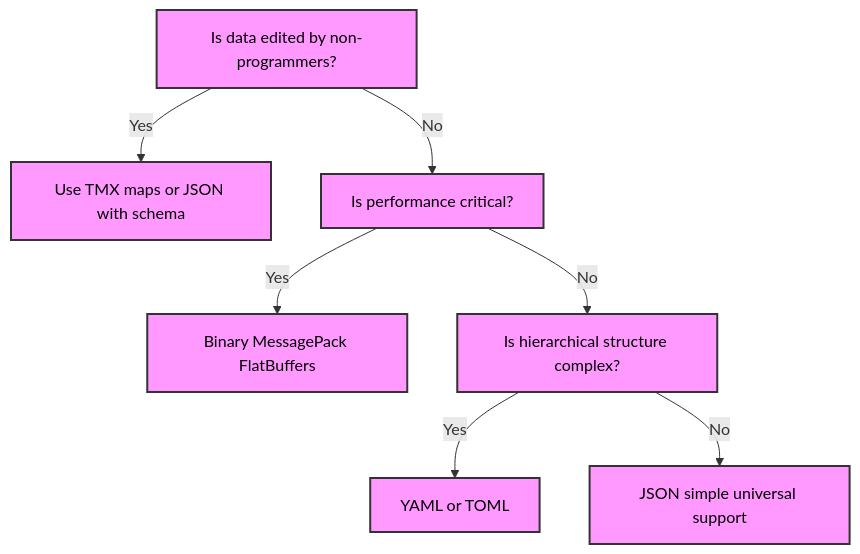
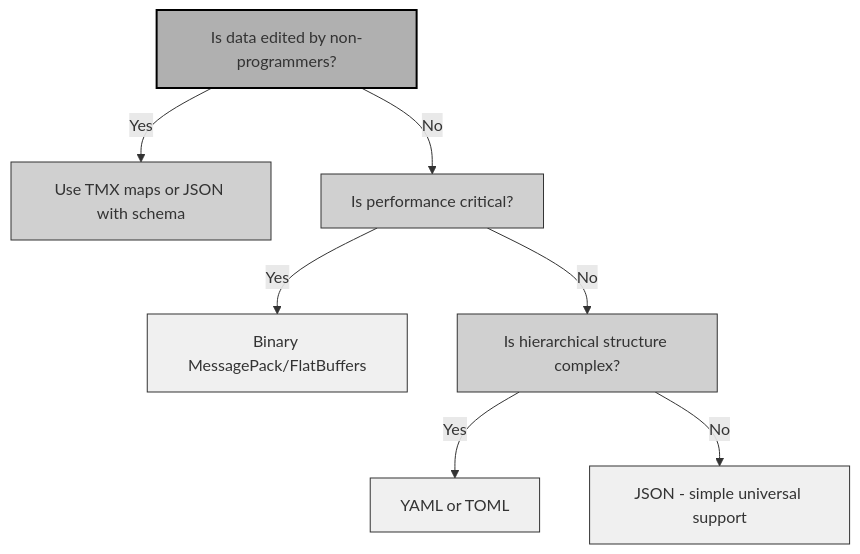
The sixth of 9 diagrams in appendix_c_file_formats.md (jukofyork/close-combat-architecture-study), drawn with Mermaid before and after one commit. The commit also changed other lines of this file and 15 other files, not shown here.

````diff
--- a/appendix_c_file_formats.md
+++ b/appendix_c_file_formats.md
@@ -1201,11 +1421,18 @@
 ```mermaid
 flowchart TD
-    A["Is data edited by non-programmers?"] -->|Yes| B["Use TMX maps or JSON with schema"]
-    A -->|No| C["Is performance critical?"]
-    C -->|Yes| D["Binary MessagePack FlatBuffers"]
-    C -->|No| E["Is hierarchical structure complex?"]
-    E -->|Yes| F["YAML or TOML"]
-    E -->|No| G["JSON simple universal support"]
+    A["Is data edited by non-programmers?"] -->|"Yes"| B["Use TMX maps or JSON with schema"]
+    A -->|"No"| C["Is performance critical?"]
+    C -->|"Yes"| D["Binary MessagePack/FlatBuffers"]
+    C -->|"No"| E["Is hierarchical structure complex?"]
+    E -->|"Yes"| F["YAML or TOML"]
+    E -->|"No"| G["JSON - simple universal support"]
     
-    classDef default fill:#f9f,stroke:#333,stroke-width:2px,color:#000
+    classDef default fill:#fff,stroke:#000,stroke-width:1px
+    classDef light fill:#f0f0f0,stroke:#333,stroke-width:1px
+    classDef medium fill:#d0d0d0,stroke:#333,stroke-width:1px
+    classDef dark fill:#b0b0b0,stroke:#000,stroke-width:2px
+
+    class A dark
+    class B,C,E medium
+    class D,F,G light
 ```
````
